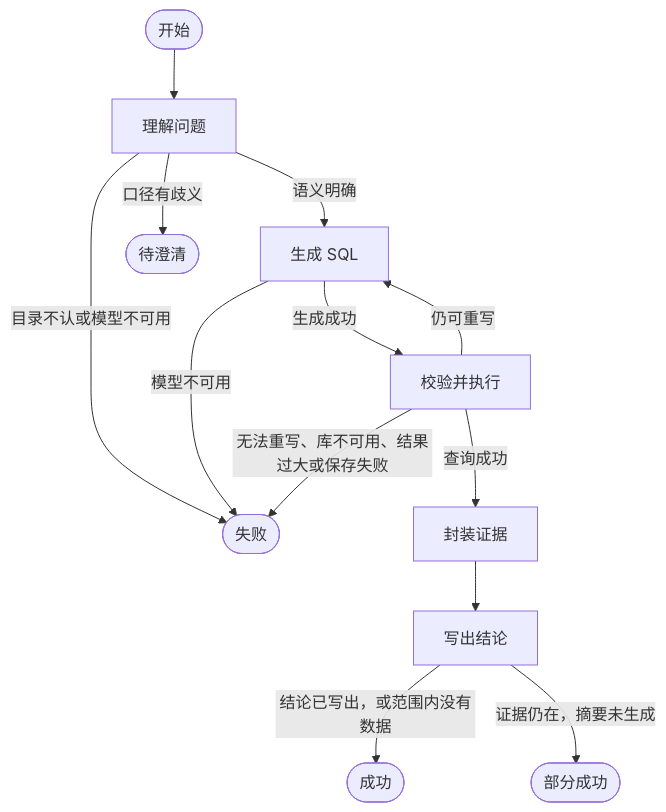
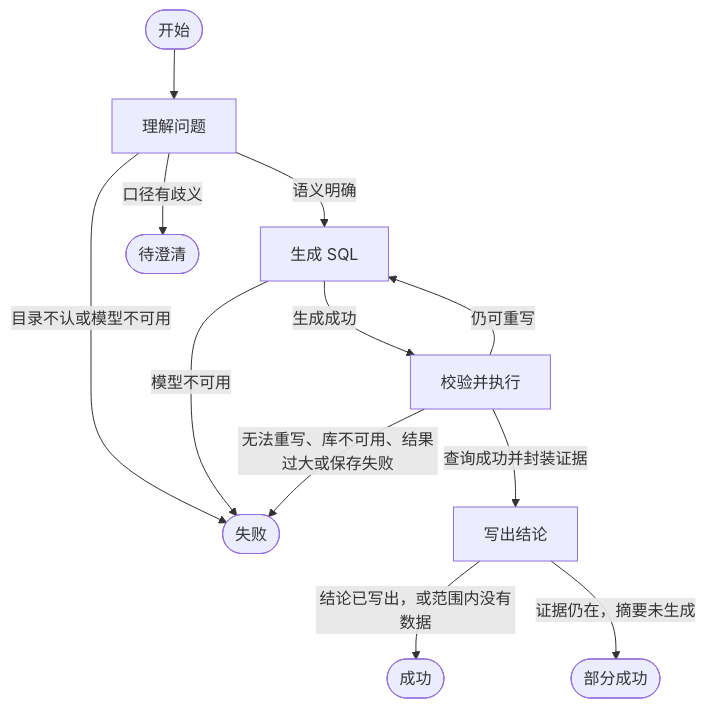
The diagram in src/agentic_bi/agents/analysis/readme.md (ycc250303/Agentic-BI-Driven-Multi-Table-E-Commerce-Operations-Analysis-and-Decision-Intelligence-System), drawn with Mermaid before and after one commit. The commit also changed other lines of this file and 19 other files, not shown here.

````diff
--- a/src/agentic_bi/agents/analysis/readme.md
+++ b/src/agentic_bi/agents/analysis/readme.md
@@ -80,15 +79,14 @@
 ```mermaid
 flowchart TD
     startNode([开始]) --> interpret[理解问题]
     interpret -->|语义明确| generate[生成 SQL]
     interpret -->|口径有歧义| clarify([待澄清])
     interpret -->|目录不认或模型不可用| fail([失败])
     generate -->|生成成功| validate[校验并执行]
     generate -->|模型不可用| fail
     validate -->|仍可重写| generate
-    validate -->|查询成功| evidence[封装证据]
+    validate -->|查询成功并封装证据| summarize[写出结论]
     validate -->|无法重写、库不可用、结果过大或保存失败| fail
-    evidence --> summarize[写出结论]
     summarize -->|结论已写出，或范围内没有数据| ok([成功])
     summarize -->|证据仍在，摘要未生成| partial([部分成功])
 ```
````
